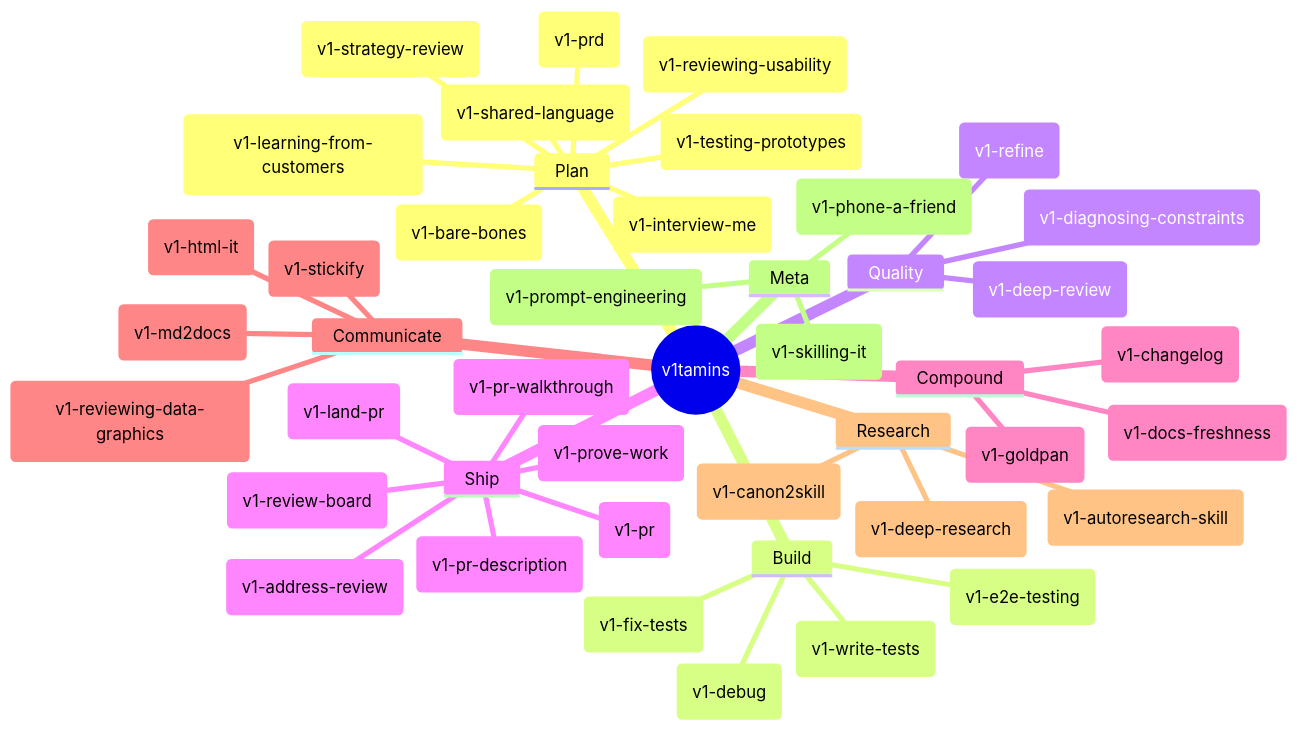
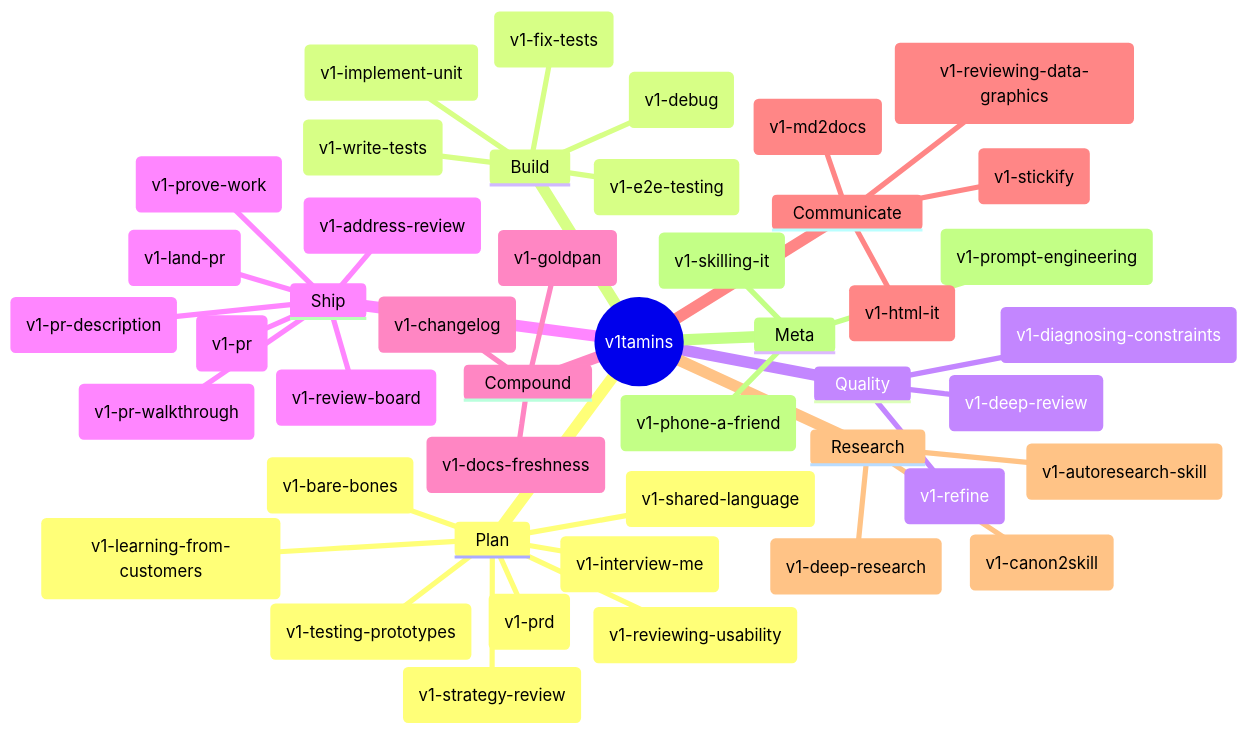
Before and after one commit to v1-io/v1tamins: the first of 7 diagrams in README.md, drawn with Mermaid. The commit also changed other lines of this file and 6 other files, not shown here.

Commit message:
feat(skills): add implement-unit orchestration

````diff
--- a/README.md
+++ b/README.md
@@ -114,47 +115,48 @@
 ```mermaid
 mindmap
   root((v1tamins))
     Plan
       ("v1-interview-me")
       ("v1-strategy-review")
       ("v1-bare-bones")
       ("v1-shared-language")
       ("v1-prd")
       ("v1-learning-from-customers")
       ("v1-testing-prototypes")
       ("v1-reviewing-usability")
     Build
+      ("v1-implement-unit")
       ("v1-debug")
       ("v1-fix-tests")
       ("v1-write-tests")
       ("v1-e2e-testing")
     Quality
       ("v1-refine")
       ("v1-deep-review")
       ("v1-diagnosing-constraints")
     Ship
       ("v1-pr")
       ("v1-pr-description")
       ("v1-land-pr")
       ("v1-pr-walkthrough")
       ("v1-address-review")
       ("v1-review-board")
       ("v1-prove-work")
     Compound
       ("v1-goldpan")
       ("v1-docs-freshness")
       ("v1-changelog")
     Communicate
       ("v1-stickify")
       ("v1-md2docs")
       ("v1-html-it")
       ("v1-reviewing-data-graphics")
     Research
       ("v1-deep-research")
       ("v1-autoresearch-skill")
       ("v1-canon2skill")
     Meta
       ("v1-phone-a-friend")
       ("v1-skilling-it")
       ("v1-prompt-engineering")
 ```
````
